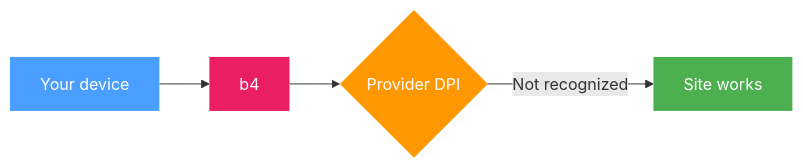
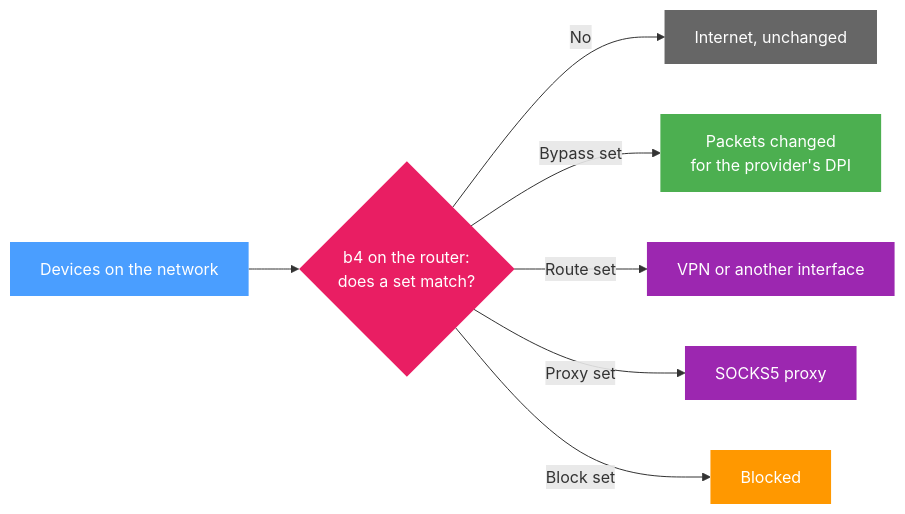
The diagram in docs/docs/intro.md (DanielLavrushin/b4), drawn with Mermaid before and after one commit. The commit also changed other lines of this file and 177 other files, not shown here.

````diff
--- a/docs/docs/intro.md
+++ b/docs/docs/intro.md
@@ -16,11 +33,17 @@
 ```mermaid
 flowchart LR
-    A["Your device"] --> B["b4"]
-    B --> C{"Provider DPI"}
-    C -->|"Not recognized"| D["Site works"]
+    DEV["Devices on the network"] --> B4{"b4 on the router:<br/>does a set match?"}
+    B4 -->|"No"| NET["Internet, unchanged"]
+    B4 -->|"Bypass set"| BYPASS["Packets changed<br/>for the provider's DPI"]
+    B4 -->|"Route set"| VPN["VPN or another interface"]
+    B4 -->|"Proxy set"| PROXY["SOCKS5 proxy"]
+    B4 -->|"Block set"| BLOCK["Blocked"]
 
-    style A fill:#4a9eff,color:#fff,stroke:none
-    style B fill:#e91e63,color:#fff,stroke:none
-    style C fill:#ff9800,color:#fff,stroke:none
-    style D fill:#4caf50,color:#fff,stroke:none
+    style DEV fill:#4a9eff,color:#fff,stroke:none
+    style B4 fill:#e91e63,color:#fff,stroke:none
+    style NET fill:#666,color:#fff,stroke:none
+    style BYPASS fill:#4caf50,color:#fff,stroke:none
+    style VPN fill:#9c27b0,color:#fff,stroke:none
+    style PROXY fill:#9c27b0,color:#fff,stroke:none
+    style BLOCK fill:#ff9800,color:#fff,stroke:none
 ```
````
